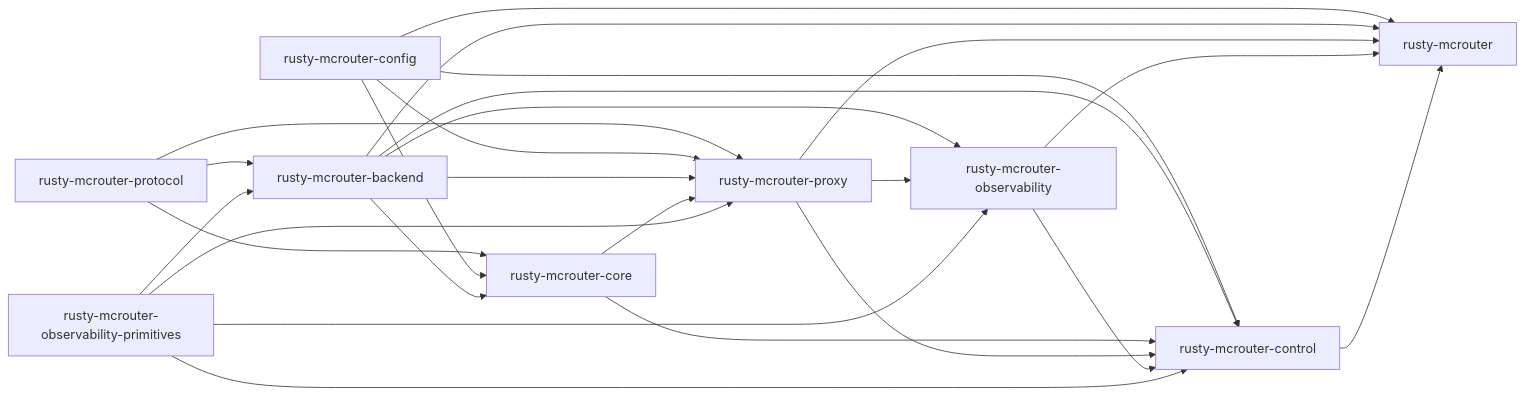
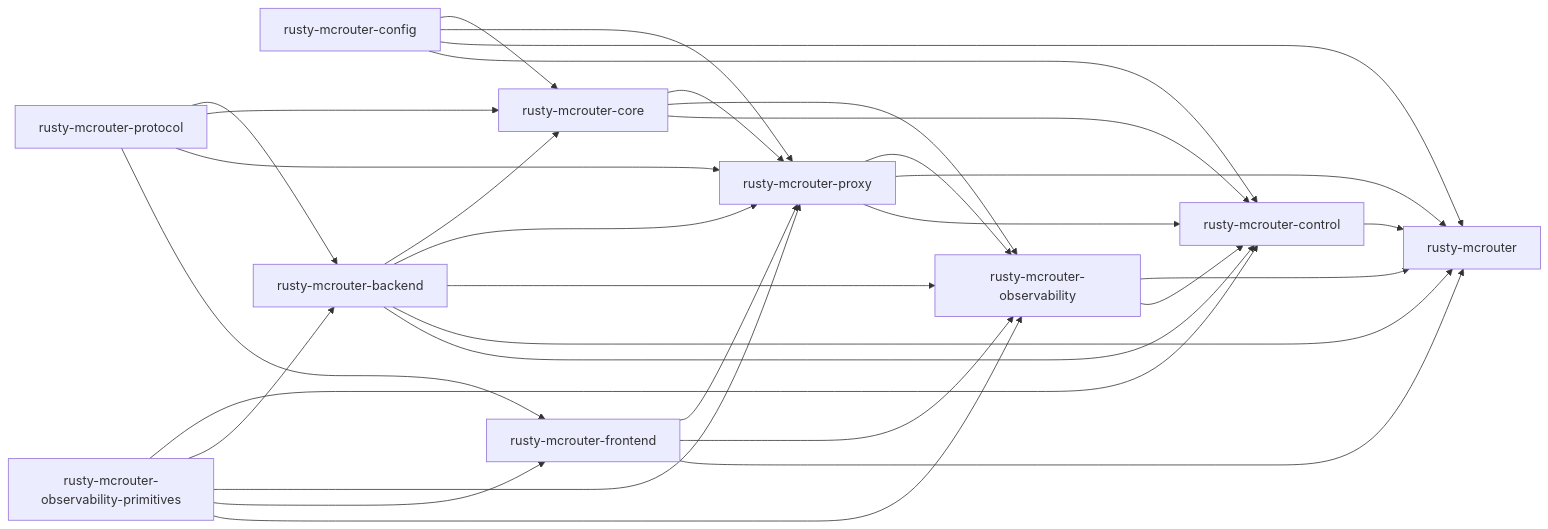
Before and after one commit to raydatray/rusty-mcrouter: the first of 3 diagrams in docs/architecture/README.md, drawn with Mermaid. The commit also changed other lines of this file and 7 other files, not shown here.

````diff
--- a/docs/architecture/README.md
+++ b/docs/architecture/README.md
@@ -23,37 +24,44 @@
 ```mermaid
 flowchart LR
     P[rusty-mcrouter-protocol]
     K[rusty-mcrouter-config]
     Q[rusty-mcrouter-observability-primitives]
     B[rusty-mcrouter-backend]
     C[rusty-mcrouter-core]
+    F[rusty-mcrouter-frontend]
     X[rusty-mcrouter-proxy]
     O[rusty-mcrouter-observability]
     T[rusty-mcrouter-control]
     R[rusty-mcrouter]
 
     P --> B
     P --> C
     P --> X
+    P --> F
     K --> C
     K --> X
     B --> C
     B --> X
     C --> X
+    F --> X
     B --> O
+    C --> O
+    F --> O
     X --> O
     K --> R
     B --> R
+    F --> R
     X --> R
     O --> R
     K --> T
     B --> T
     C --> T
     X --> T
     O --> T
     Q --> T
     T --> R
     Q --> B
     Q --> X
+    Q --> F
     Q --> O
 ```
````
